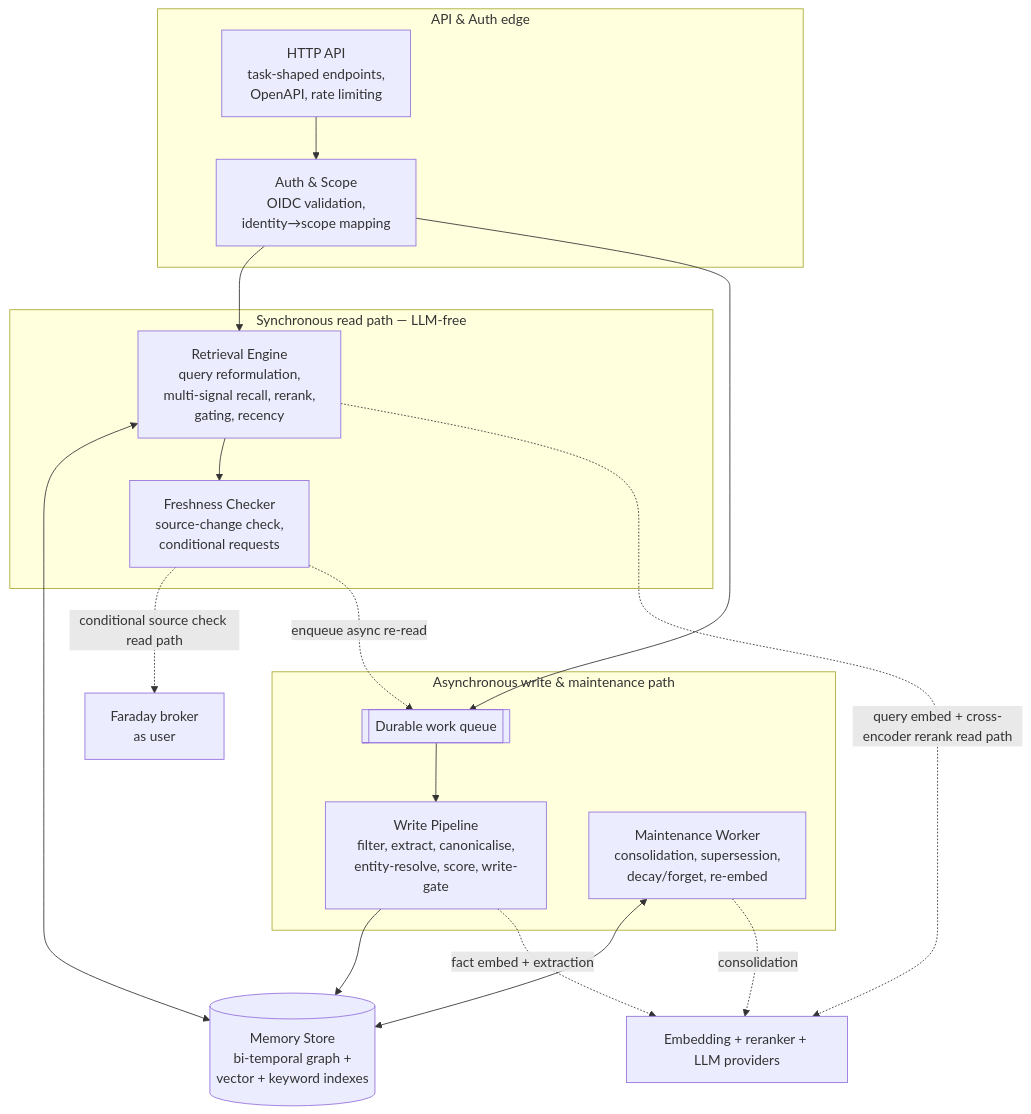
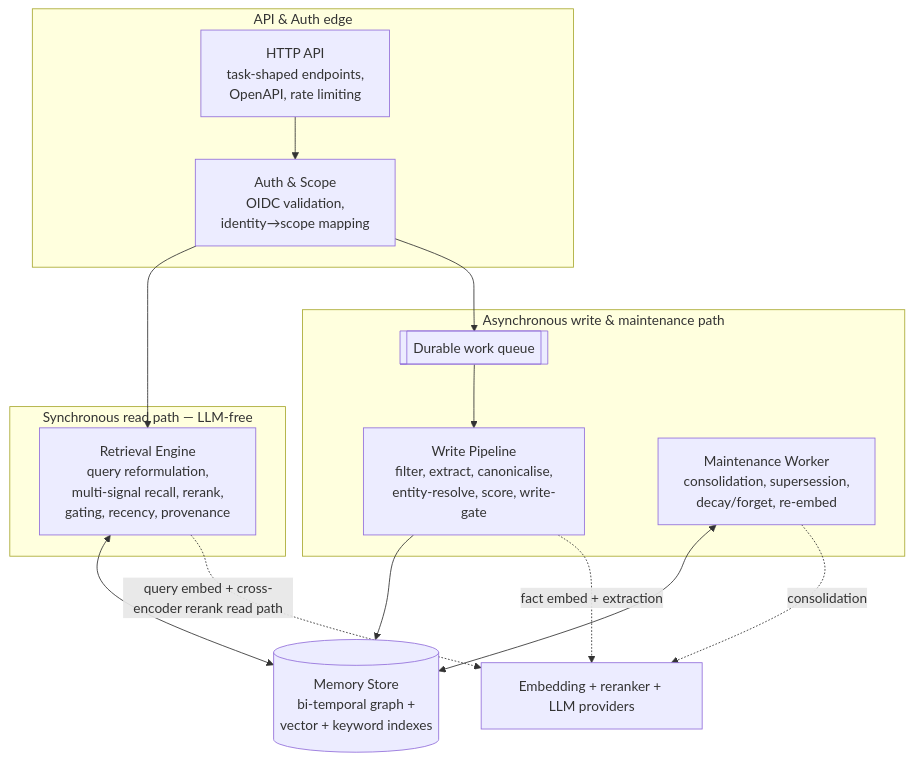
The diagram in docs/design/agentic-memory/02-architecture.md (gatblau/recall), drawn with Mermaid before and after one commit. The commit also changed other lines of this file and 44 other files, not shown here.

First line of the commit message:
feat(recall): agent-side freshness; recall is a passive store (ADR-014)

````diff
--- a/docs/design/agentic-memory/02-architecture.md
+++ b/docs/design/agentic-memory/02-architecture.md
@@ -10,34 +10,30 @@
 ```mermaid
 flowchart TB
     subgraph api[API & Auth edge]
         gw[HTTP API<br/>task-shaped endpoints,<br/>OpenAPI, rate limiting]
         authz[Auth & Scope<br/>OIDC validation,<br/>identity→scope mapping]
     end
 
     subgraph read[Synchronous read path — LLM-free]
-        retr[Retrieval Engine<br/>query reformulation,<br/>multi-signal recall, rerank,<br/>gating, recency]
-        fresh[Freshness Checker<br/>source-change check,<br/>conditional requests]
+        retr[Retrieval Engine<br/>query reformulation,<br/>multi-signal recall, rerank,<br/>gating, recency, provenance]
     end
 
     subgraph write[Asynchronous write & maintenance path]
         queue[[Durable work queue]]
         wpipe[Write Pipeline<br/>filter, extract, canonicalise,<br/>entity-resolve, score, write-gate]
         maint[Maintenance Worker<br/>consolidation, supersession,<br/>decay/forget, re-embed]
     end
 
     store[(Memory Store<br/>bi-temporal graph +<br/>vector + keyword indexes)]
 
     gw --> authz
     authz --> retr
     authz --> queue
     queue --> wpipe
     wpipe --> store
     maint <--> store
     retr <--> store
-    retr --> fresh
     retr -. query embed + cross-encoder rerank read path .-> ext1
-    fresh -. conditional source check read path .-> broker2[Faraday broker<br/>as user]
-    fresh -. enqueue async re-read .-> queue
     wpipe -. fact embed + extraction .-> ext1[Embedding + reranker + LLM providers]
     maint -. consolidation .-> ext1
 ```
````
